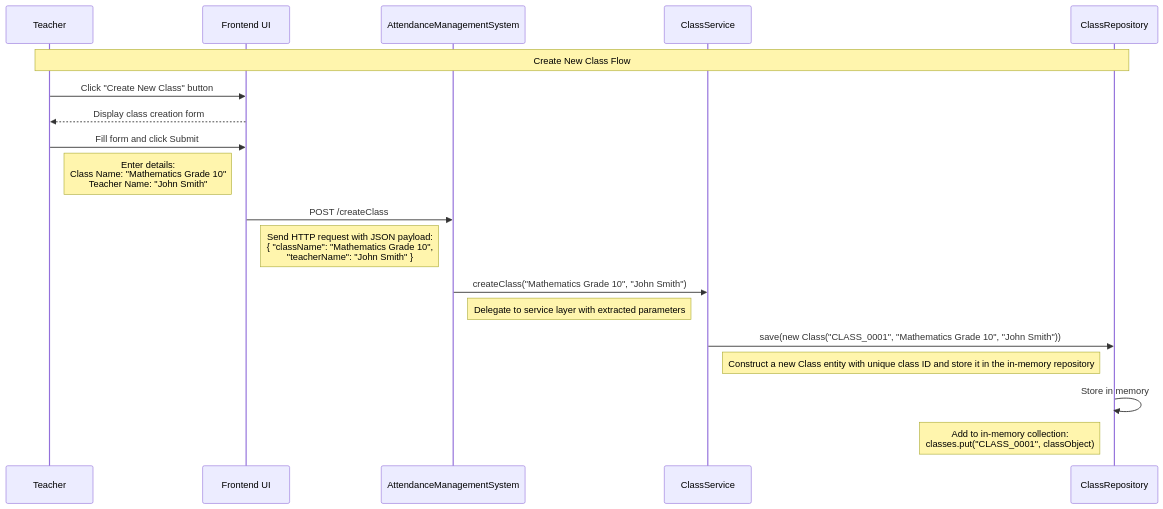
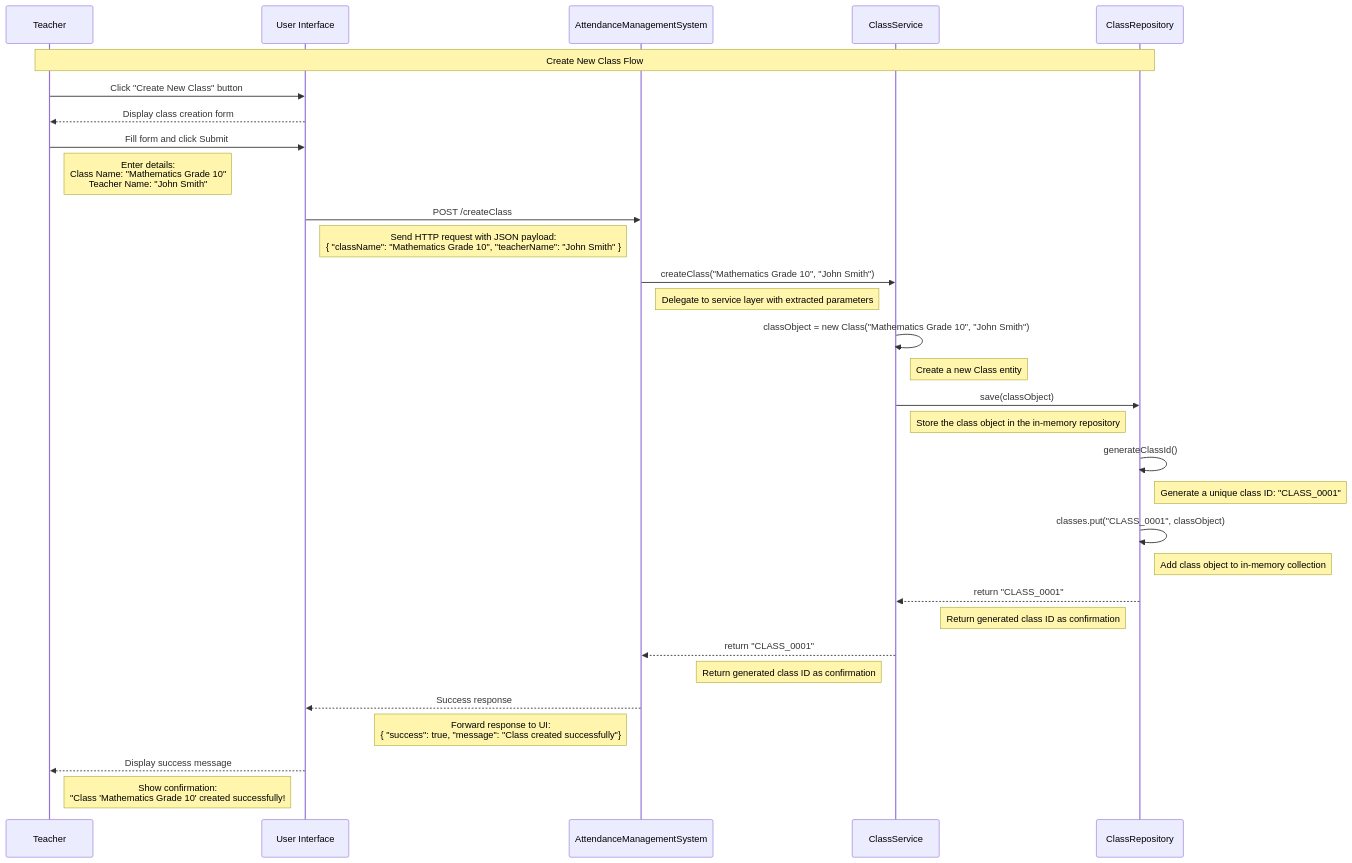
One commit to NishchayAnand/software-engineering changed the diagram in Backend Engineering/Case Studies/Case Study 1. Attendance Management System/2. Sequence Flow.md. Above: the diagram before and after it, drawn with Mermaid.

Commit message:
create class use case sequence flow done

````diff
--- a/Backend Engineering/Case Studies/Case Study 1. Attendance Management System/2. Sequence Flow.md
+++ b/Backend Engineering/Case Studies/Case Study 1. Attendance Management System/2. Sequence Flow.md
@@ -13,39 +13,46 @@
 ```mermaid
 sequenceDiagram
+	participant T as Teacher
+	participant UI as User Interface
+	participant AMS as AttendanceManagementSystem
+	participant CS as ClassService
+	participant CR as ClassRepository
 
-participant T as Teacher
+	Note over T,CR: Create New Class Flow
 
-participant UI as Frontend UI
+	T->>UI: Click "Create New Class" button
+	UI-->>T: Display class creation form
 
-participant AMS as AttendanceManagementSystem
+	T->>UI: Fill form and click Submit
+	Note right of T: Enter details:<br/>Class Name: "Mathematics Grade 10"<br/>Teacher Name: "John Smith"
+  
+	UI->>AMS: POST /createClass
+	Note right of UI: Send HTTP request with JSON payload: <br/>{ "className": "Mathematics Grade 10", "teacherName": "John Smith" }
 
-participant CS as ClassService
+	AMS->>CS: createClass("Mathematics Grade 10", "John Smith")
+	Note right of AMS: Delegate to service layer with extracted parameters
 
-participant CR as ClassRepository
+	CS->>CS: classObject = new Class("Mathematics Grade 10", "John Smith")
+	Note right of CS: Create a new Class entity
 
-Note over T,CR: Create New Class Flow
+	CS->>CR: save(classObject)
+	Note right of CS: Store the class object in the in-memory repository
 
-T->>UI: Click "Create New Class" button
+	CR->>CR: generateClassId()
+	Note right of CR: Generate a unique class ID: "CLASS_0001"
+	
+	CR->>CR: classes.put("CLASS_0001", classObject)
+	Note right of CR: Add class object to in-memory collection
 
-UI-->>T: Display class creation form
+	CR-->>CS: return "CLASS_0001"
+	Note left of CR: Return generated class ID as confirmation
 
-T->>UI: Fill form and click Submit
+	CS-->>AMS: return "CLASS_0001"
+	Note left of CS: Return generated class ID as confirmation
 
-Note right of T: Enter details:<br/>Class Name: "Mathematics Grade 10"<br/>Teacher Name: "John Smith"
+	AMS-->>UI: Success response
+	Note left of AMS: Forward response to UI: <br/> { "success": true, "message": "Class created successfully"}
 
-UI->>AMS: POST /createClass
-
-Note right of UI: Send HTTP request with JSON payload: <br/>{ "className": "Mathematics Grade 10",<br/> "teacherName": "John Smith" }
-
-AMS->>CS: createClass("Mathematics Grade 10", "John Smith")
-
-Note right of AMS: Delegate to service layer with extracted parameters
-
-CS->>CR: save(new Class("CLASS_0001", "Mathematics Grade 10", "John Smith"))
-
-Note right of CS: Construct a new Class entity with unique class ID and store it in the in-memory repository
-
-CR->>CR: Store in memory
-
-Note left of CR: Add to in-memory collection:<br/>classes.put("CLASS_0001", classObject)
+	UI-->>T: Display success message
+	Note left of UI: Show confirmation:<br/>"Class 'Mathematics Grade 10' created successfully!
 ```
````
